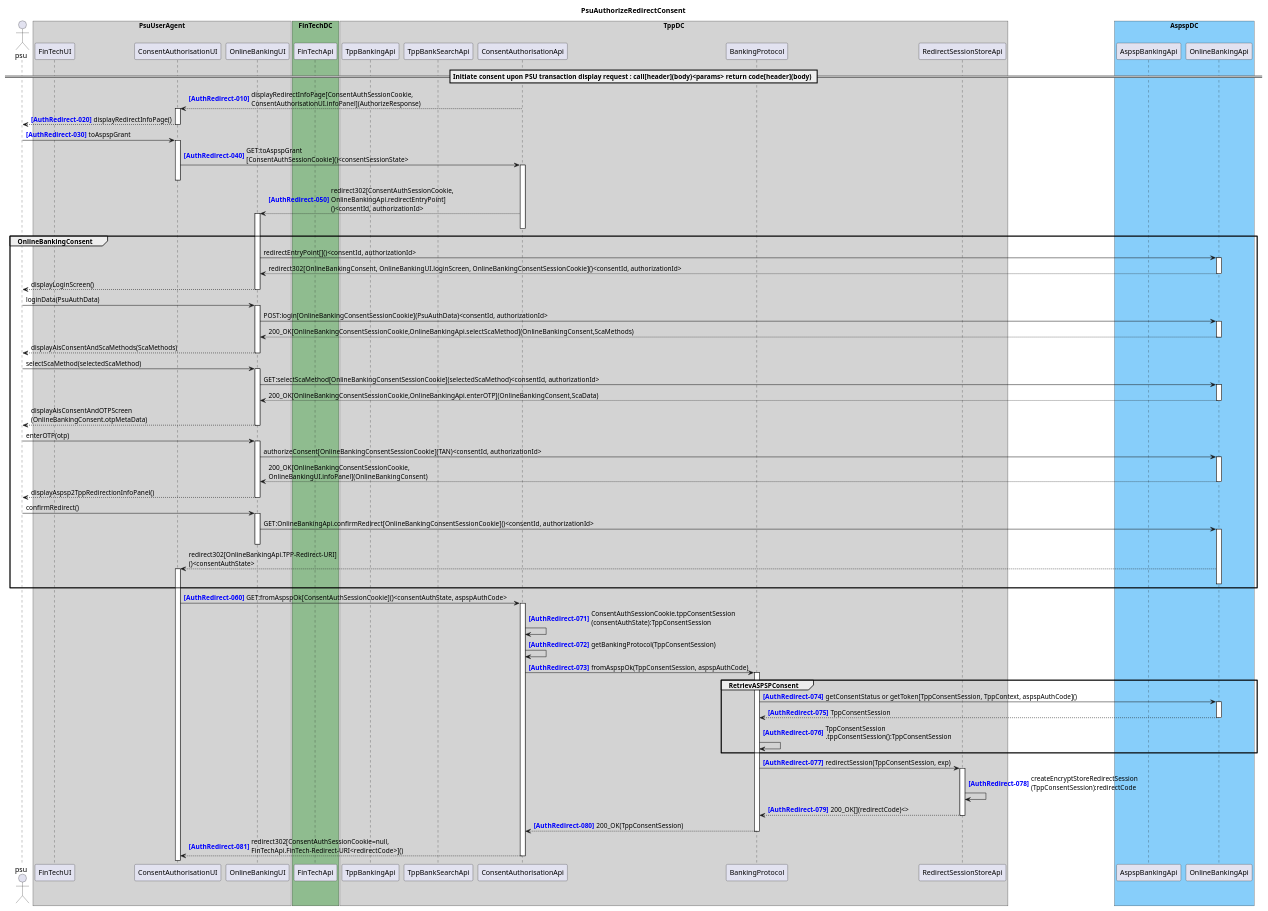
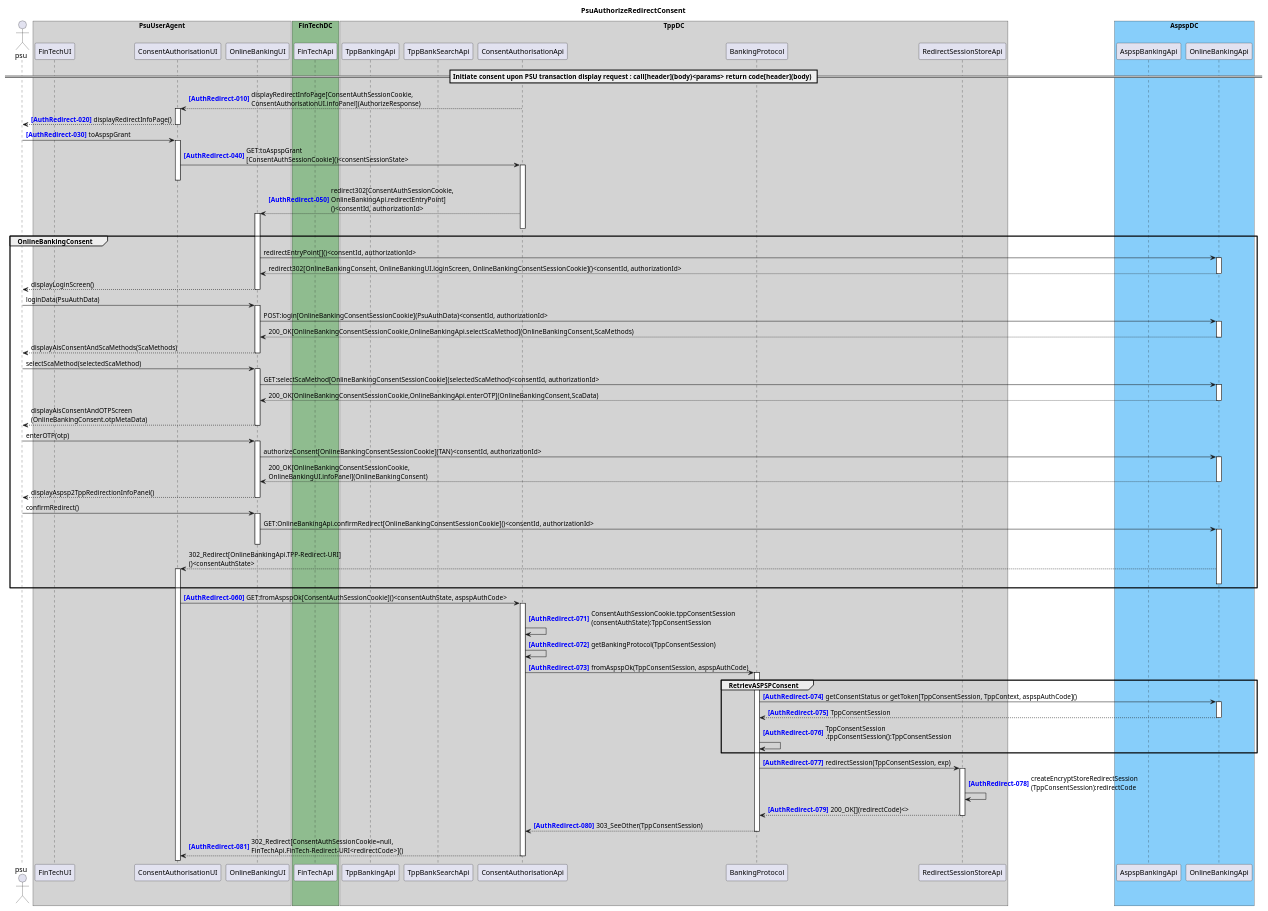
Before and after one commit to adorsys/open-banking-gateway: the diagram in docs/architecture/diagrams/useCases/5b-psuAuthRedirectConsent.puml, drawn with PlantUML. The commit also changed 5 other files, not shown here.

```diff
--- a/docs/architecture/diagrams/useCases/5b-psuAuthRedirectConsent.puml
+++ b/docs/architecture/diagrams/useCases/5b-psuAuthRedirectConsent.puml
@@ -1,79 +1,79 @@
 @startuml
 title PsuAuthorizeRedirectConsent
 autonumber 10 10 "<b><color blue>[AuthRedirect-000]</color></b>"
 actor psu
 
 box "PsuUserAgent" #LightGray
     participant "FinTechUI" as FinTechUI
     participant "ConsentAuthorisationUI" as ConsentAuthorisationUI
     participant "OnlineBankingUI" as OnlineBankingUI
 end box
 box "FinTechDC" #DarkSeaGreen
     participant "FinTechApi" as FinTechApi
 end box
 box "TppDC" #LightGray
     participant "TppBankingApi" as TppBankingApi
     participant "TppBankSearchApi" as TppBankSearchApi
     participant "ConsentAuthorisationApi" as ConsentAuthorisationApi
 
     participant "BankingProtocol" as BankingProtocol
     participant "RedirectSessionStoreApi" as RedirectSessionStoreApi
 end box
 box "AspspDC" #LightSkyBlue
 	participant "AspspBankingApi" as AspspBankingApi
     participant "OnlineBankingApi" as OnlineBankingApi
 end box
 
 == Initiate consent upon PSU transaction display request : call[header](body)<params> return code[header](body) ==
 
 ConsentAuthorisationApi --> ConsentAuthorisationUI ++ : displayRedirectInfoPage[ConsentAuthSessionCookie,\nConsentAuthorisationUI.infoPanel](AuthorizeResponse)
 ConsentAuthorisationUI --> psu : displayRedirectInfoPage()
 deactivate ConsentAuthorisationUI
 psu -> ConsentAuthorisationUI ++ : toAspspGrant
 ConsentAuthorisationUI -> ConsentAuthorisationApi ++ : GET:toAspspGrant\n[ConsentAuthSessionCookie]()<consentSessionState>
 deactivate ConsentAuthorisationUI
 ConsentAuthorisationApi --> OnlineBankingUI ++ : redirect302[ConsentAuthSessionCookie,\nOnlineBankingApi.redirectEntryPoint]\n()<consentId, authorizationId>
 deactivate ConsentAuthorisationApi
 autonumber stop
 group OnlineBankingConsent
     OnlineBankingUI -> OnlineBankingApi ++ : redirectEntryPoint[]()<consentId, authorizationId>
     return redirect302[OnlineBankingConsent, OnlineBankingUI.loginScreen, OnlineBankingConsentSessionCookie]()<consentId, authorizationId>
     OnlineBankingUI --> psu : displayLoginScreen()
     deactivate OnlineBankingUI
     psu -> OnlineBankingUI ++ : loginData(PsuAuthData)
     OnlineBankingUI -> OnlineBankingApi ++ : POST:login[OnlineBankingConsentSessionCookie](PsuAuthData)<consentId, authorizationId> 
     return 200_OK[OnlineBankingConsentSessionCookie,OnlineBankingApi.selectScaMethod](OnlineBankingConsent,ScaMethods)
     return displayAisConsentAndScaMethods(ScaMethods)
     psu -> OnlineBankingUI ++ : selectScaMethod(selectedScaMethod)
     OnlineBankingUI -> OnlineBankingApi ++ : GET:selectScaMethod[OnlineBankingConsentSessionCookie](selectedScaMethod)<consentId, authorizationId> 
     return 200_OK[OnlineBankingConsentSessionCookie,OnlineBankingApi.enterOTP](OnlineBankingConsent,ScaData)
     return displayAisConsentAndOTPScreen\n(OnlineBankingConsent.otpMetaData)
     psu -> OnlineBankingUI ++ : enterOTP(otp)
     OnlineBankingUI -> OnlineBankingApi ++ : authorizeConsent[OnlineBankingConsentSessionCookie](TAN)<consentId, authorizationId> 
     return 200_OK[OnlineBankingConsentSessionCookie,\nOnlineBankingUI.infoPanel](OnlineBankingConsent)
     OnlineBankingUI --> psu : displayAspsp2TppRedirectionInfoPanel()
     deactivate OnlineBankingUI
     psu -> OnlineBankingUI ++ : confirmRedirect()
     OnlineBankingUI -> OnlineBankingApi ++ : GET:OnlineBankingApi.confirmRedirect[OnlineBankingConsentSessionCookie]()<consentId, authorizationId>
     deactivate OnlineBankingUI
-    OnlineBankingApi --> ConsentAuthorisationUI ++ : redirect302[OnlineBankingApi.TPP-Redirect-URI]\n()<consentAuthState>
+    OnlineBankingApi --> ConsentAuthorisationUI ++ : 302_Redirect[OnlineBankingApi.TPP-Redirect-URI]\n()<consentAuthState>
     deactivate OnlineBankingApi
 end
 autonumber resume
 activate ConsentAuthorisationUI
 ConsentAuthorisationUI -> ConsentAuthorisationApi ++ : GET:fromAspspOk[ConsentAuthSessionCookie]()<consentAuthState, aspspAuthCode>
 autonumber 71 1 "<b><color blue>[AuthRedirect-000]"
 ConsentAuthorisationApi -> ConsentAuthorisationApi : ConsentAuthSessionCookie.tppConsentSession\n(consentAuthState):TppConsentSession
 ConsentAuthorisationApi -> ConsentAuthorisationApi : getBankingProtocol(TppConsentSession)
 ConsentAuthorisationApi -> BankingProtocol ++ : fromAspspOk(TppConsentSession, aspspAuthCode)
 group RetrievASPSPConsent
 BankingProtocol -> OnlineBankingApi ++ : getConsentStatus or getToken[TppConsentSession, TppContext, aspspAuthCode]()
 return TppConsentSession
 BankingProtocol -> BankingProtocol : TppConsentSession\n.tppConsentSession():TppConsentSession
 end
 BankingProtocol -> RedirectSessionStoreApi ++ : redirectSession(TppConsentSession, exp)
 RedirectSessionStoreApi -> RedirectSessionStoreApi : createEncryptStoreRedirectSession\n(TppConsentSession):redirectCode
 return 200_OK[](redirectCode)<>
-return 200_OK(TppConsentSession)
-return redirect302[ConsentAuthSessionCookie=null,\nFinTechApi.FinTech-Redirect-URI<redirectCode>]()
+return 303_SeeOther(TppConsentSession)
+return 302_Redirect[ConsentAuthSessionCookie=null,\nFinTechApi.FinTech-Redirect-URI<redirectCode>]()
 @enduml
```
